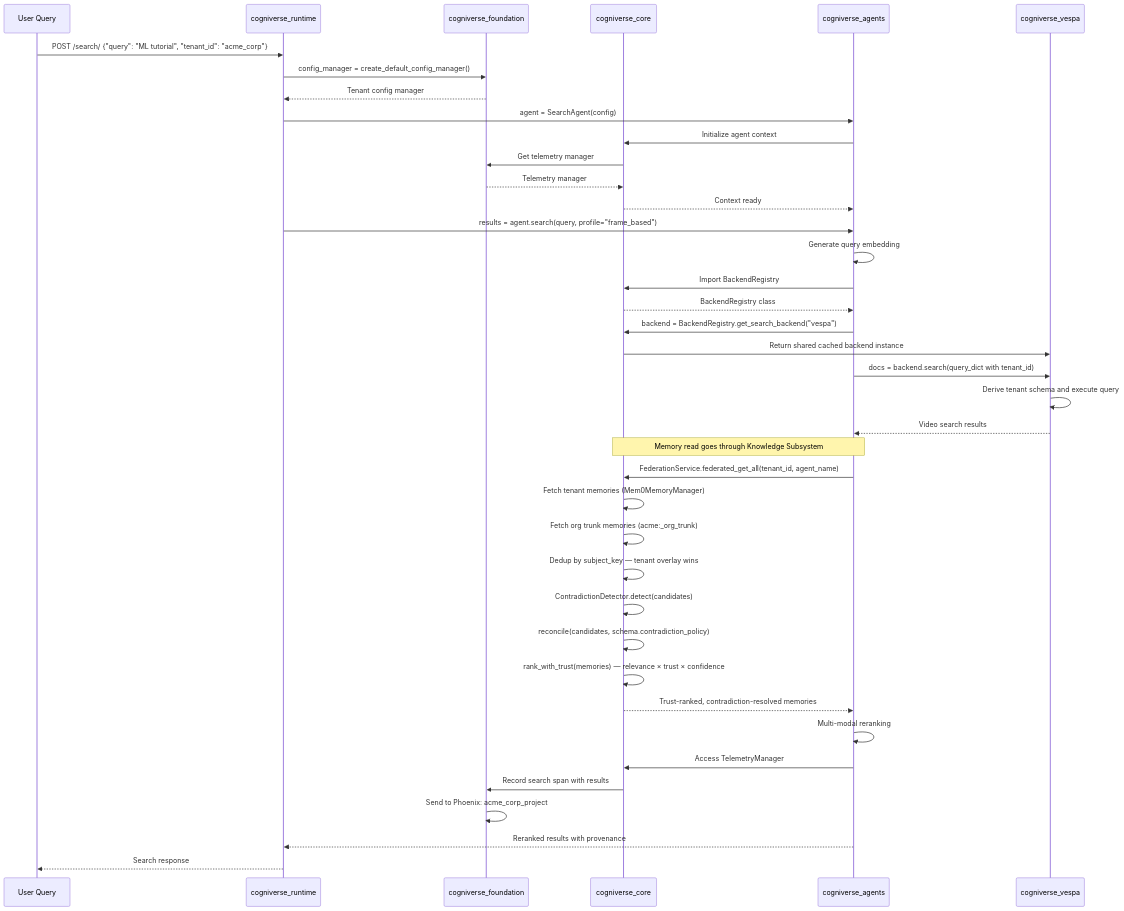
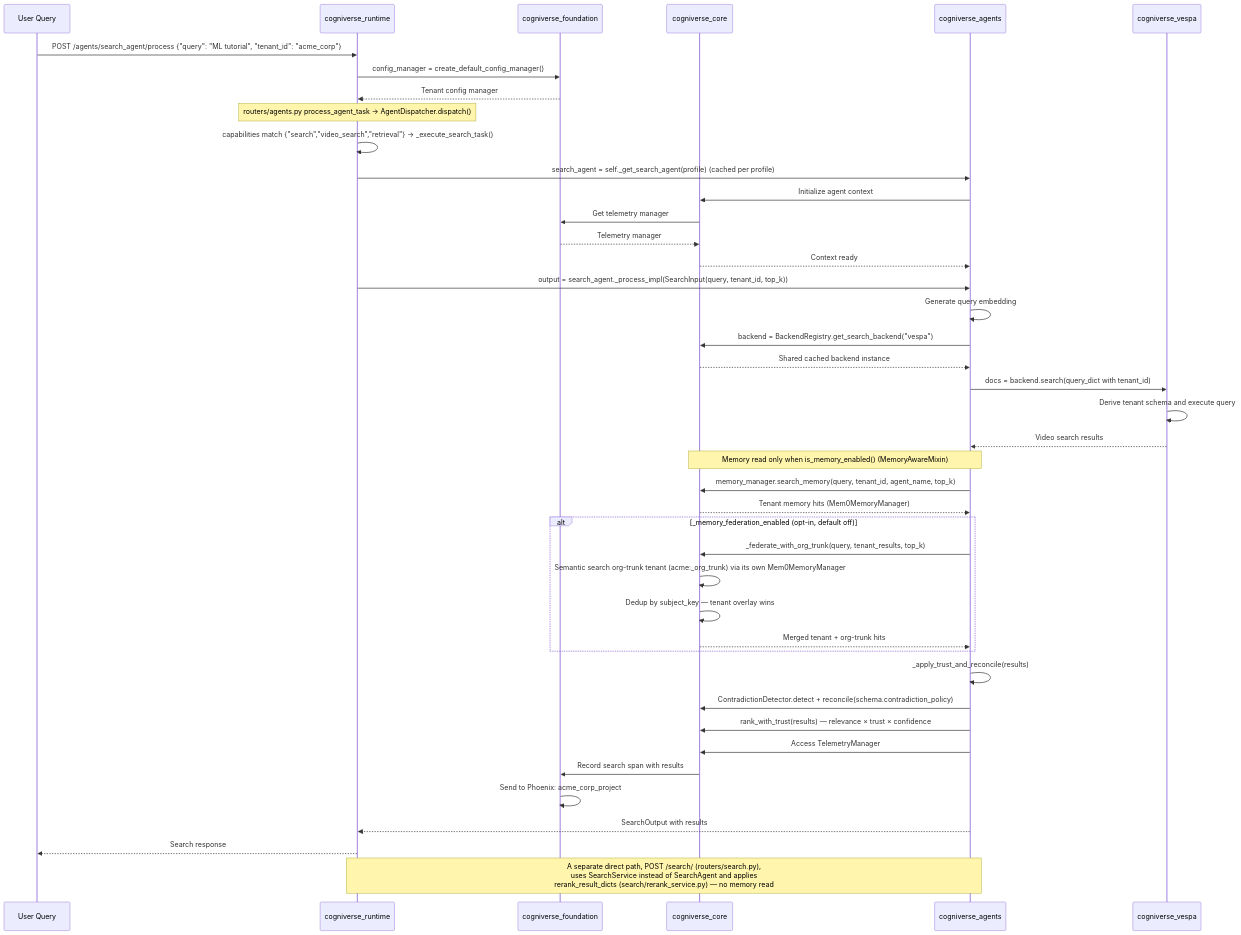
Diagram 18 of 27 in docs/diagrams/sdk-architecture-diagrams.md (amit-jain/cogniverse), drawn with Mermaid before and after one commit. The commit also changed other lines of this file and 50 other files, not shown here.

First line of the commit message:
Complete and verify docs against code with mermaid palette

````diff
--- a/docs/diagrams/sdk-architecture-diagrams.md
+++ b/docs/diagrams/sdk-architecture-diagrams.md
@@ -607,52 +1109,57 @@
 ```mermaid
 sequenceDiagram
     participant User as User Query
     participant Runtime as cogniverse_runtime
     participant Foundation as cogniverse_foundation
     participant Core as cogniverse_core
     participant Agents as cogniverse_agents
     participant Vespa as cogniverse_vespa
 
-    User->>Runtime: POST /search/ {"query": "ML tutorial", "tenant_id": "acme_corp"}
+    User->>Runtime: POST /agents/search_agent/process {"query": "ML tutorial", "tenant_id": "acme_corp"}
 
     Runtime->>Foundation: config_manager = create_default_config_manager()
     Foundation-->>Runtime: Tenant config manager
 
-    Runtime->>Agents: agent = SearchAgent(config)
+    Note over Runtime: routers/agents.py process_agent_task → AgentDispatcher.dispatch()
+    Runtime->>Runtime: capabilities match {"search","video_search","retrieval"} → _execute_search_task()
+    Runtime->>Agents: search_agent = self._get_search_agent(profile) (cached per profile)
     Agents->>Core: Initialize agent context
     Core->>Foundation: Get telemetry manager
     Foundation-->>Core: Telemetry manager
     Core-->>Agents: Context ready
 
-    Runtime->>Agents: results = agent.search(query, profile="frame_based")
+    Runtime->>Agents: output = search_agent._process_impl(SearchInput(query, tenant_id, top_k))
 
     Agents->>Agents: Generate query embedding
 
-    Agents->>Core: Import BackendRegistry
-    Core-->>Agents: BackendRegistry class
-
     Agents->>Core: backend = BackendRegistry.get_search_backend("vespa")
-    Core->>Vespa: Return shared cached backend instance
+    Core-->>Agents: Shared cached backend instance
 
     Agents->>Vespa: docs = backend.search(query_dict with tenant_id)
     Vespa->>Vespa: Derive tenant schema and execute query
     Vespa-->>Agents: Video search results
 
-    Note over Agents,Core: Memory read goes through Knowledge Subsystem
-    Agents->>Core: FederationService.federated_get_all(tenant_id, agent_name)
-    Core->>Core: Fetch tenant memories (Mem0MemoryManager)
-    Core->>Core: Fetch org trunk memories (acme:_org_trunk)
-    Core->>Core: Dedup by subject_key — tenant overlay wins
-    Core->>Core: ContradictionDetector.detect(candidates)
-    Core->>Core: reconcile(candidates, schema.contradiction_policy)
-    Core->>Core: rank_with_trust(memories) — relevance × trust × confidence
-    Core-->>Agents: Trust-ranked, contradiction-resolved memories
+    Note over Agents,Core: Memory read only when is_memory_enabled() (MemoryAwareMixin)
+    Agents->>Core: memory_manager.search_memory(query, tenant_id, agent_name, top_k)
+    Core-->>Agents: Tenant memory hits (Mem0MemoryManager)
 
-    Agents->>Agents: Multi-modal reranking
+    alt _memory_federation_enabled (opt-in, default off)
+        Agents->>Core: _federate_with_org_trunk(query, tenant_results, top_k)
+        Core->>Core: Semantic search org-trunk tenant (acme:_org_trunk) via its own Mem0MemoryManager
+        Core->>Core: Dedup by subject_key — tenant overlay wins
+        Core-->>Agents: Merged tenant + org-trunk hits
+    end
+
+    Agents->>Agents: _apply_trust_and_reconcile(results)
+    Agents->>Core: ContradictionDetector.detect + reconcile(schema.contradiction_policy)
+    Agents->>Core: rank_with_trust(results) — relevance × trust × confidence
+
     Agents->>Core: Access TelemetryManager
     Core->>Foundation: Record search span with results
     Foundation->>Foundation: Send to Phoenix: acme_corp_project
 
-    Agents-->>Runtime: Reranked results with provenance
+    Agents-->>Runtime: SearchOutput with results
     Runtime-->>User: Search response
+
+    Note over Runtime,Agents: A separate direct path, POST /search/ (routers/search.py),<br/>uses SearchService instead of SearchAgent and applies<br/>rerank_result_dicts (search/rerank_service.py) — no memory read
 ```
````
